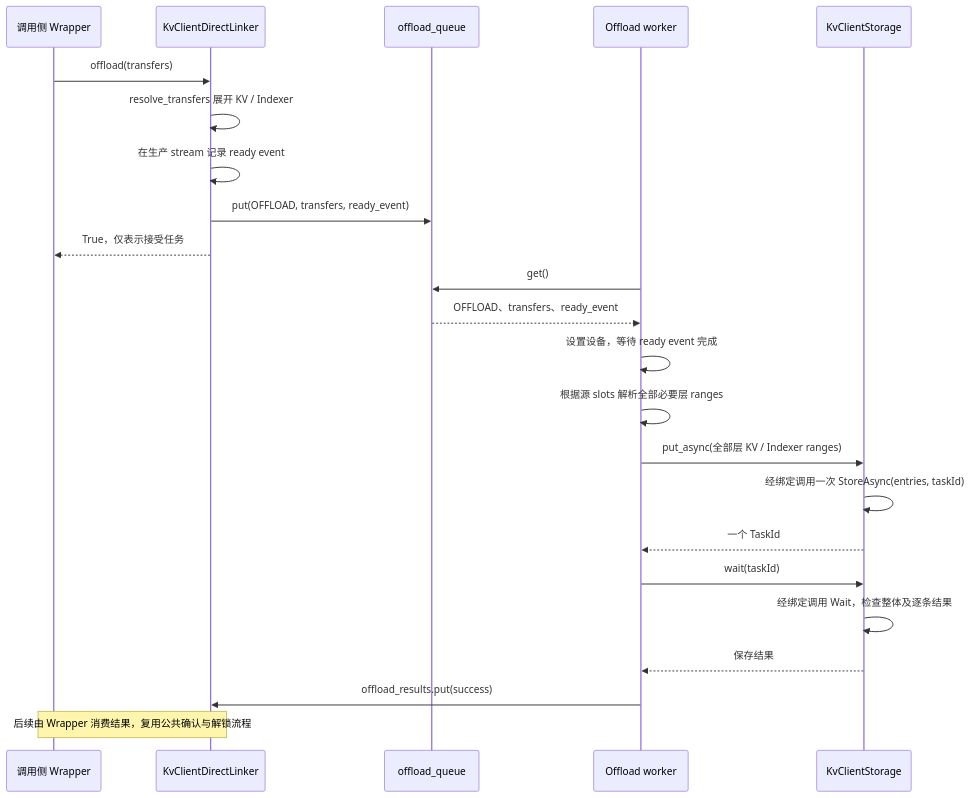
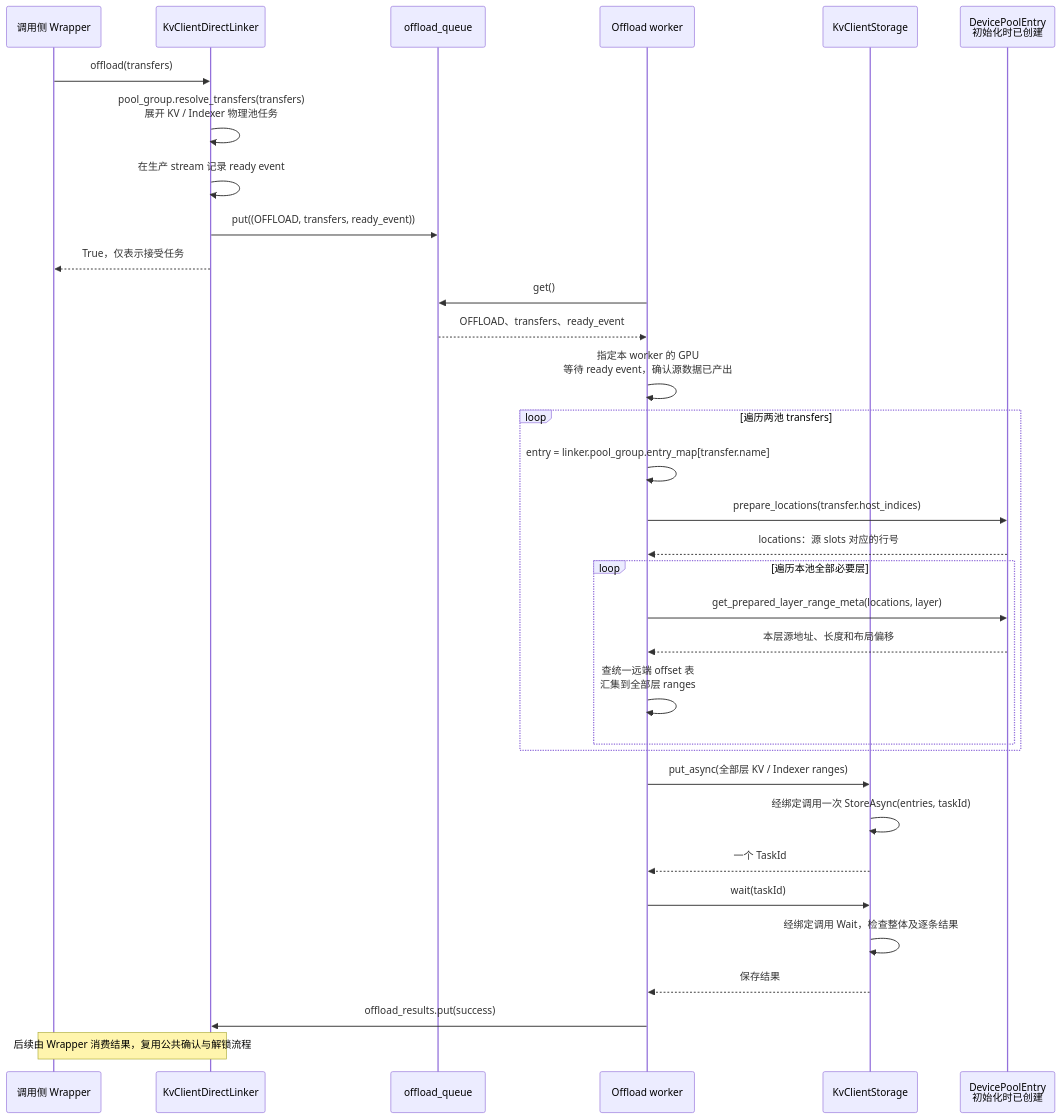
Diagram 25 of 27 in kv_client_linker_backend_design.md (yuanzhg078/sglang), drawn with Mermaid before and after one commit. The commit also changed other lines of this file and 1 other file, not shown here.

````diff
--- a/kv_client_linker_backend_design.md
+++ b/kv_client_linker_backend_design.md
@@ -1020,25 +1403,35 @@
 ```mermaid
 sequenceDiagram
     participant W as 调用侧 Wrapper
     participant D as KvClientDirectLinker
     participant Q as offload_queue
     participant B as Offload worker
     participant S as KvClientStorage
+    participant E as DevicePoolEntry<br/>初始化时已创建
     W->>D: offload(transfers)
-    D->>D: resolve_transfers 展开 KV / Indexer
+    D->>D: pool_group.resolve_transfers(transfers)<br/>展开 KV / Indexer 物理池任务
     D->>D: 在生产 stream 记录 ready event
-    D->>Q: put(OFFLOAD, transfers, ready_event)
+    D->>Q: put((OFFLOAD, transfers, ready_event))
     D-->>W: True，仅表示接受任务
     B->>Q: get()
     Q-->>B: OFFLOAD、transfers、ready_event
-    B->>B: 设置设备，等待 ready event 完成
-    B->>B: 根据源 slots 解析全部必要层 ranges
+    B->>B: 指定本 worker 的 GPU<br/>等待 ready event，确认源数据已产出
+    loop 遍历两池 transfers
+        B->>B: entry = linker.pool_group.entry_map[transfer.name]
+        B->>E: prepare_locations(transfer.host_indices)
+        E-->>B: locations：源 slots 对应的行号
+        loop 遍历本池全部必要层
+            B->>E: get_prepared_layer_range_meta(locations, layer)
+            E-->>B: 本层源地址、长度和布局偏移
+            B->>B: 查统一远端 offset 表<br/>汇集到全部层 ranges
+        end
+    end
     B->>S: put_async(全部层 KV / Indexer ranges)
     S->>S: 经绑定调用一次 StoreAsync(entries, taskId)
     S-->>B: 一个 TaskId
     B->>S: wait(taskId)
     S->>S: 经绑定调用 Wait，检查整体及逐条结果
     S-->>B: 保存结果
     B->>D: offload_results.put(success)
     Note over W,D: 后续由 Wrapper 消费结果，复用公共确认与解锁流程
 ```
````
